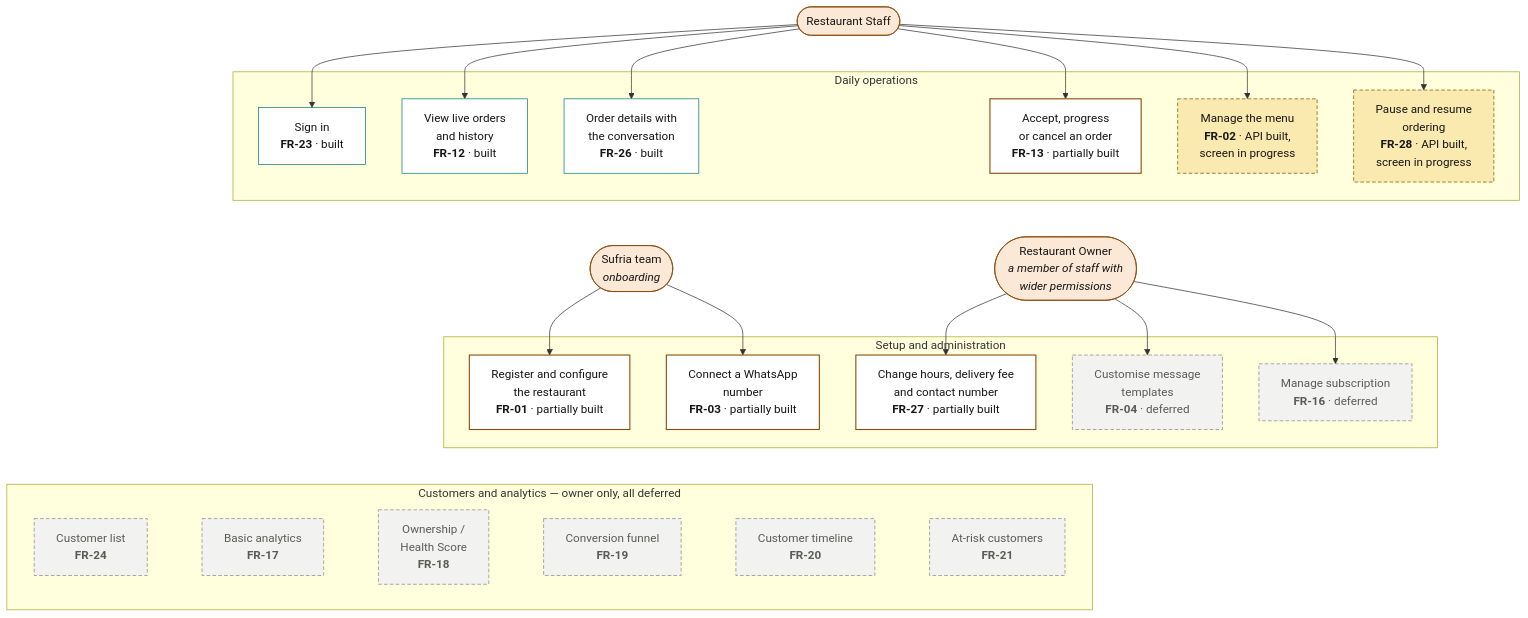
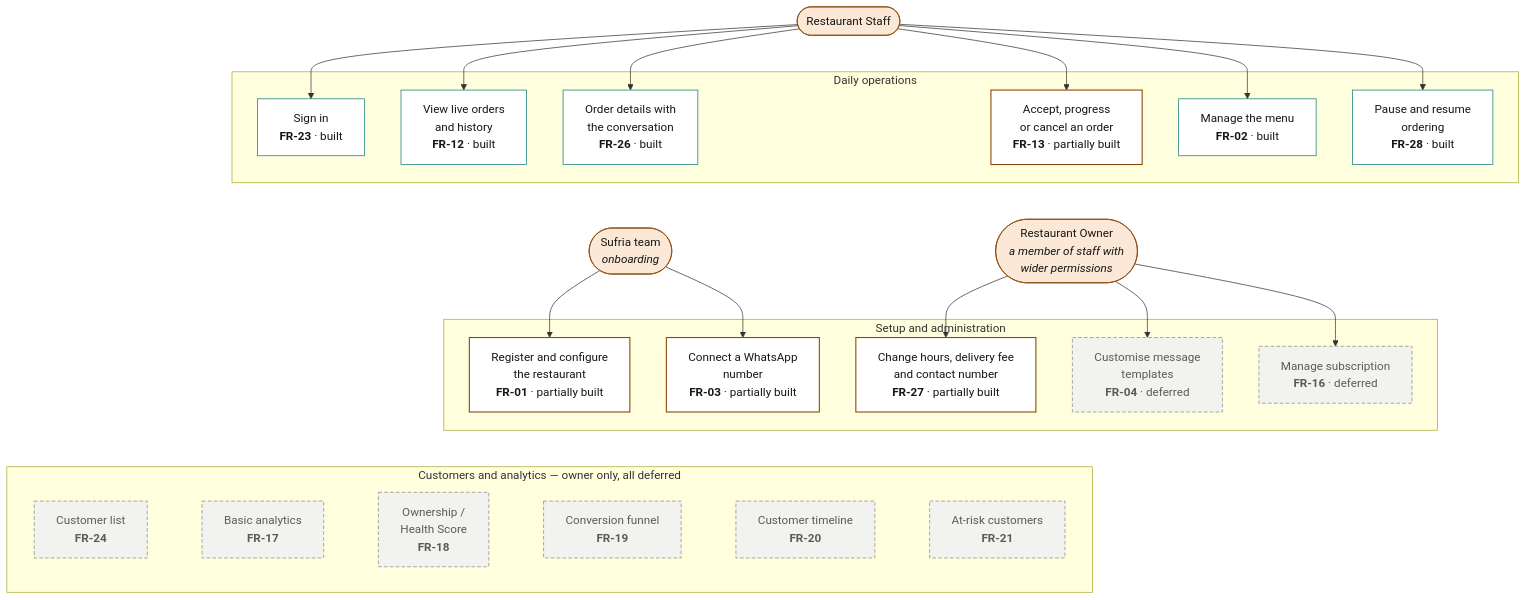
The diagram in docs/diagrams/03b-use-case-restaurant.mmd (mhmdd137/sufria), drawn with Mermaid before and after one commit. The commit also changed 14 other files, not shown here.

```diff
--- a/docs/diagrams/03b-use-case-restaurant.mmd
+++ b/docs/diagrams/03b-use-case-restaurant.mmd
@@ -1,54 +1,54 @@
 flowchart TB
     classDef actor fill:#FCE8D6,stroke:#8A4A0A,stroke-width:1px,color:#161615
     classDef uc fill:#FFFFFF,stroke:#0E7C7B,stroke-width:1px,color:#161615
     classDef part fill:#FFFFFF,stroke:#8A4A0A,stroke-width:1.5px,color:#161615
     classDef prog fill:#FBEAB0,stroke:#7A5C06,stroke-width:1px,stroke-dasharray:5 3,color:#161615
     classDef defer fill:#F2F2F0,stroke:#8A8A85,stroke-width:1px,stroke-dasharray:5 3,color:#5A5A57
 
     S(["Restaurant Staff"]):::actor
 
     subgraph OPS["Daily operations"]
         U23["Sign in<br/><b>FR-23</b> · built"]:::uc
         U12["View live orders<br/>and history<br/><b>FR-12</b> · built"]:::uc
         U26["Order details with<br/>the conversation<br/><b>FR-26</b> · built"]:::uc
         U13["Accept, progress<br/>or cancel an order<br/><b>FR-13</b> · partially built"]:::part
-        U2["Manage the menu<br/><b>FR-02</b> · API built,<br/>screen in progress"]:::prog
-        U28["Pause and resume<br/>ordering<br/><b>FR-28</b> · API built,<br/>screen in progress"]:::prog
+        U2["Manage the menu<br/><b>FR-02</b> · built"]:::uc
+        U28["Pause and resume<br/>ordering<br/><b>FR-28</b> · built"]:::uc
     end
 
     O(["Restaurant Owner<br/><i>a member of staff with<br/>wider permissions</i>"]):::actor
     T(["Sufria team<br/><i>onboarding</i>"]):::actor
 
     subgraph SETUP["Setup and administration"]
         U1["Register and configure<br/>the restaurant<br/><b>FR-01</b> · partially built"]:::part
         U3["Connect a WhatsApp<br/>number<br/><b>FR-03</b> · partially built"]:::part
         U27["Change hours, delivery fee<br/>and contact number<br/><b>FR-27</b> · partially built"]:::part
         U4["Customise message<br/>templates<br/><b>FR-04</b> · deferred"]:::defer
         U16["Manage subscription<br/><b>FR-16</b> · deferred"]:::defer
     end
 
     subgraph ANALYTICS["Customers and analytics — owner only, all deferred"]
         direction LR
         U24["Customer list<br/><b>FR-24</b>"]:::defer
         U17["Basic analytics<br/><b>FR-17</b>"]:::defer
         U18["Ownership /<br/>Health Score<br/><b>FR-18</b>"]:::defer
         U19["Conversion funnel<br/><b>FR-19</b>"]:::defer
         U20["Customer timeline<br/><b>FR-20</b>"]:::defer
         U21["At-risk customers<br/><b>FR-21</b>"]:::defer
         U24 ~~~ U17 ~~~ U18 ~~~ U19 ~~~ U20 ~~~ U21
     end
 
     S --> U23
     S --> U12
     S --> U26
     S --> U13
     S --> U2
     S --> U28
     U13 ~~~ O
     U26 ~~~ T
     T --> U1
     T --> U3
     O --> U27
     O --> U4
     O --> U16
     SETUP ~~~ ANALYTICS
```
